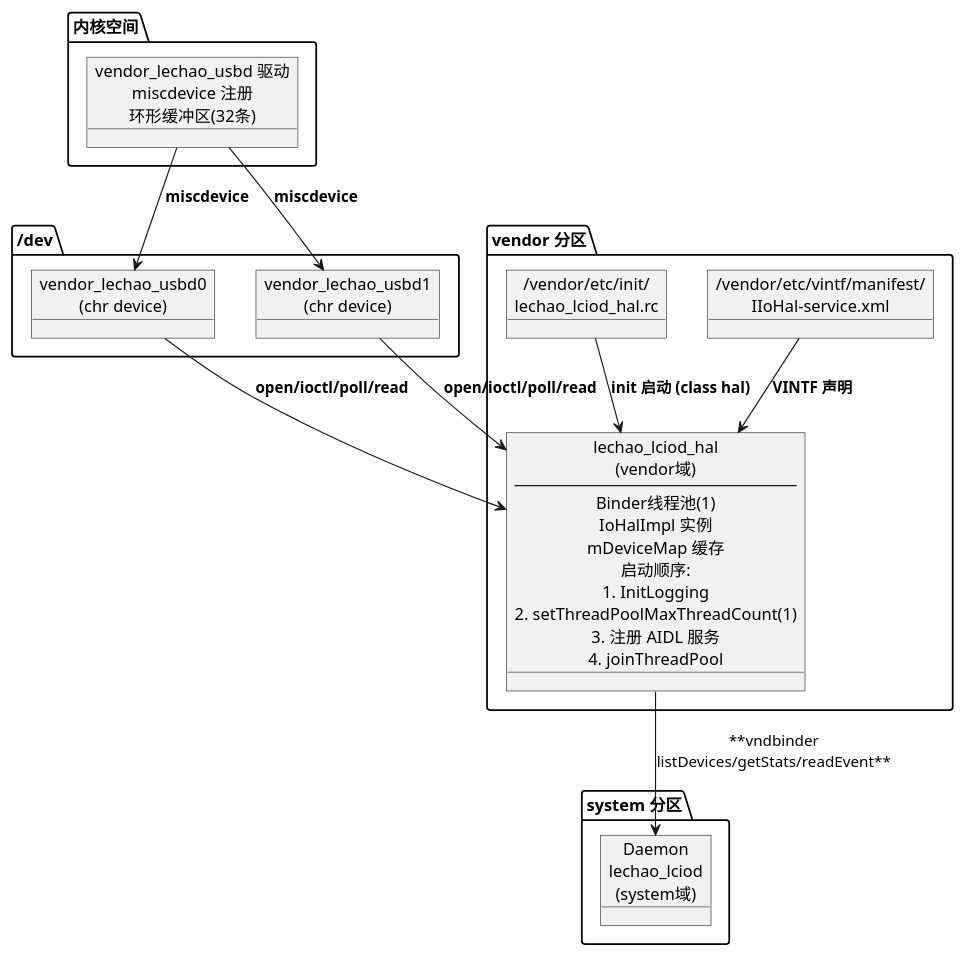
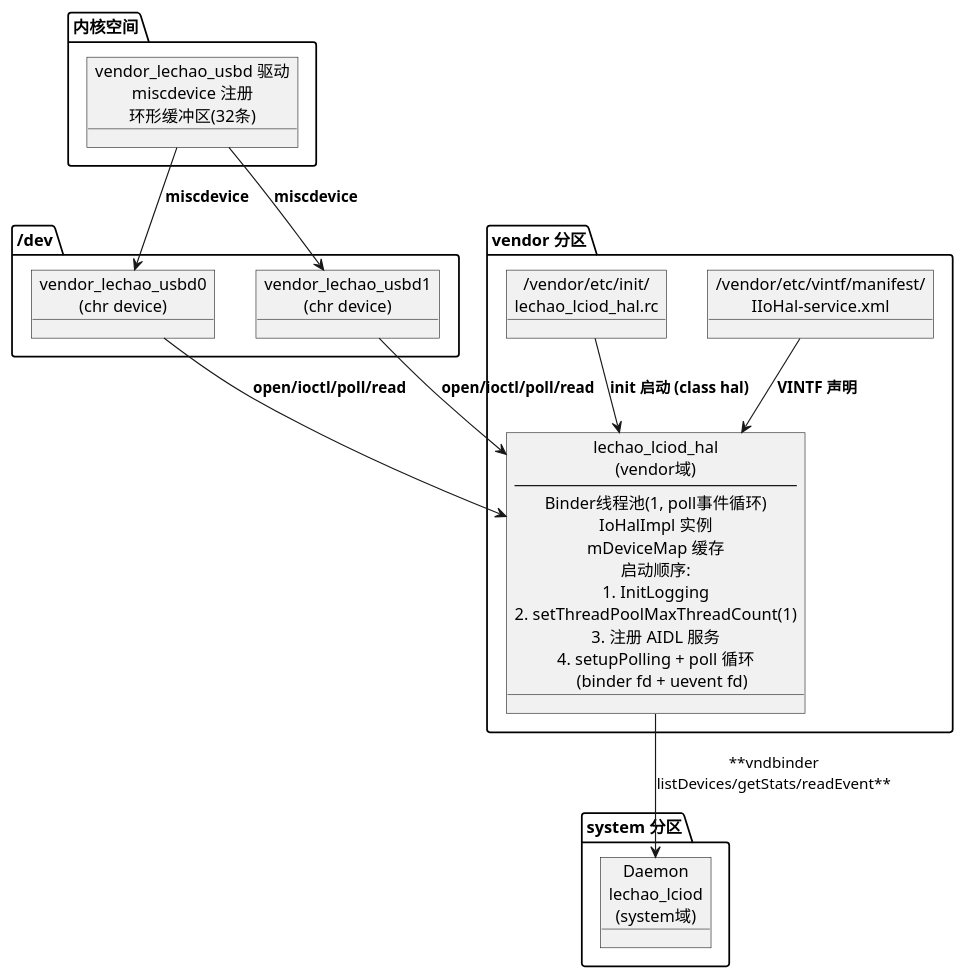
Before and after one commit to lechao365/AndroidSystemEnhance: diagram 11 of 13 in docs/02-IO增强/02.02-HAL增强-lciod-hal.md, drawn with PlantUML. The commit also changed other lines of this file and 118 other files, not shown here.

````diff
--- a/docs/02-IO增强/02.02-HAL增强-lciod-hal.md
+++ b/docs/02-IO增强/02.02-HAL增强-lciod-hal.md
@@ -536,30 +553,30 @@
 ```plantuml
 @startuml
 package "内核空间" as kernel {
     object "vendor_lechao_usbd 驱动\nmiscdevice 注册\n环形缓冲区(32条)" as DRV
 }
 
 package "/dev" as dev {
     object "vendor_lechao_usbd0\n(chr device)" as CHR0
     object "vendor_lechao_usbd1\n(chr device)" as CHR1
 }
 
 package "vendor 分区" as vendor {
-    object "lechao_lciod_hal\n(vendor域)\n----\nBinder线程池(1)\nIoHalImpl 实例\nmDeviceMap 缓存\n启动顺序:\n1. InitLogging\n2. setThreadPoolMaxThreadCount(1)\n3. 注册 AIDL 服务\n4. joinThreadPool" as HAL
+    object "lechao_lciod_hal\n(vendor域)\n----\nBinder线程池(1, poll事件循环)\nIoHalImpl 实例\nmDeviceMap 缓存\n启动顺序:\n1. InitLogging\n2. setThreadPoolMaxThreadCount(1)\n3. 注册 AIDL 服务\n4. setupPolling + poll 循环\n   (binder fd + uevent fd)" as HAL
     object "/vendor/etc/vintf/manifest/\nIIoHal-service.xml" as VINTF
     object "/vendor/etc/init/\nlechao_lciod_hal.rc" as RC
 }
 
 package "system 分区" as system {
     object "Daemon\nlechao_lciod\n(system域)" as DAEMON
 }
 
 DRV --> CHR0 : **miscdevice**
 DRV --> CHR1 : **miscdevice**
 CHR0 --> HAL : **open/ioctl/poll/read**
 CHR1 --> HAL : **open/ioctl/poll/read**
 RC --> HAL : **init 启动 (class hal)**
 VINTF --> HAL : **VINTF 声明**
 HAL --> DAEMON : **vndbinder\nlistDevices/getStats/readEvent**
 @enduml
 ```
````
